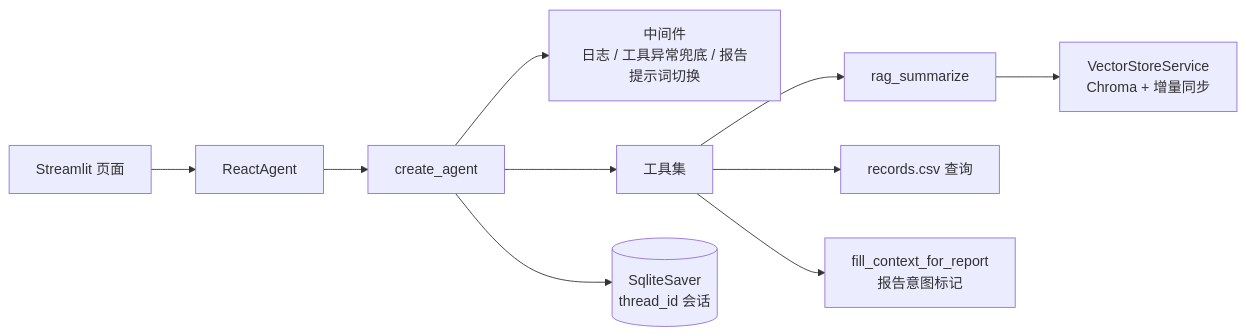
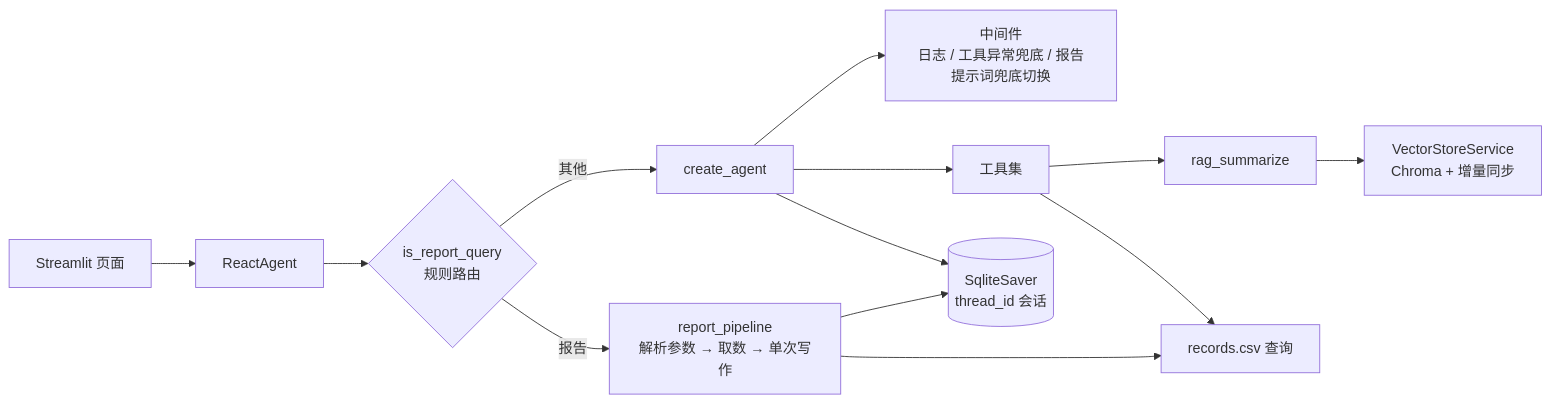
Before and after one commit to jadeji00/RAG_Service_Agent: the first of 2 diagrams in docs/design.md, drawn with Mermaid. The commit also changed other lines of this file and 28 other files, not shown here.

````diff
--- a/docs/design.md
+++ b/docs/design.md
@@ -18,12 +18,15 @@
 ```mermaid
 flowchart LR
     U[Streamlit 页面] --> A[ReactAgent]
-    A --> G[create_agent]
-    G --> M[中间件<br/>日志 / 工具异常兜底 / 报告提示词切换]
+    A --> RQ{is_report_query<br/>规则路由}
+    RQ -->|报告| RP[report_pipeline<br/>解析参数 → 取数 → 单次写作]
+    RQ -->|其他| G[create_agent]
+    G --> M[中间件<br/>日志 / 工具异常兜底 / 报告提示词兜底切换]
     G --> T[工具集]
     T --> R[rag_summarize]
     R --> V[VectorStoreService<br/>Chroma + 增量同步]
     T --> C[records.csv 查询]
-    T --> S[fill_context_for_report<br/>报告意图标记]
+    RP --> C
     G --> K[(SqliteSaver<br/>thread_id 会话)]
+    RP --> K
 ```
````
